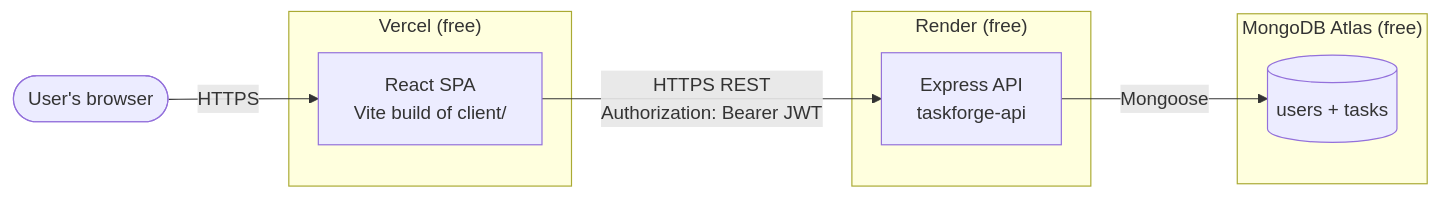
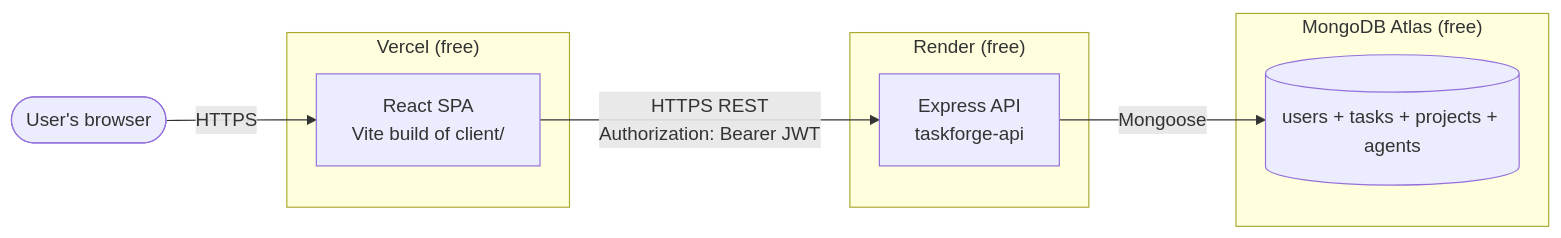
The first of 5 diagrams in docs/architecture.md (WasteOfADrumBum/TaskForge), drawn with Mermaid before and after one commit. The commit also changed other lines of this file and 9 other files, not shown here.

````diff
--- a/docs/architecture.md
+++ b/docs/architecture.md
@@ -7,20 +7,20 @@
 ```mermaid
 flowchart LR
     User([User's browser])
 
     subgraph Vercel["Vercel (free)"]
         SPA["React SPA<br/>Vite build of client/"]
     end
 
     subgraph Render["Render (free)"]
         API["Express API<br/>taskforge-api"]
     end
 
     subgraph Atlas["MongoDB Atlas (free)"]
-        DB[("users + tasks")]
+        DB[("users + tasks + projects + agents")]
     end
 
     User -- "HTTPS" --> SPA
     SPA -- "HTTPS REST<br/>Authorization: Bearer JWT" --> API
     API -- "Mongoose" --> DB
 ```
````
